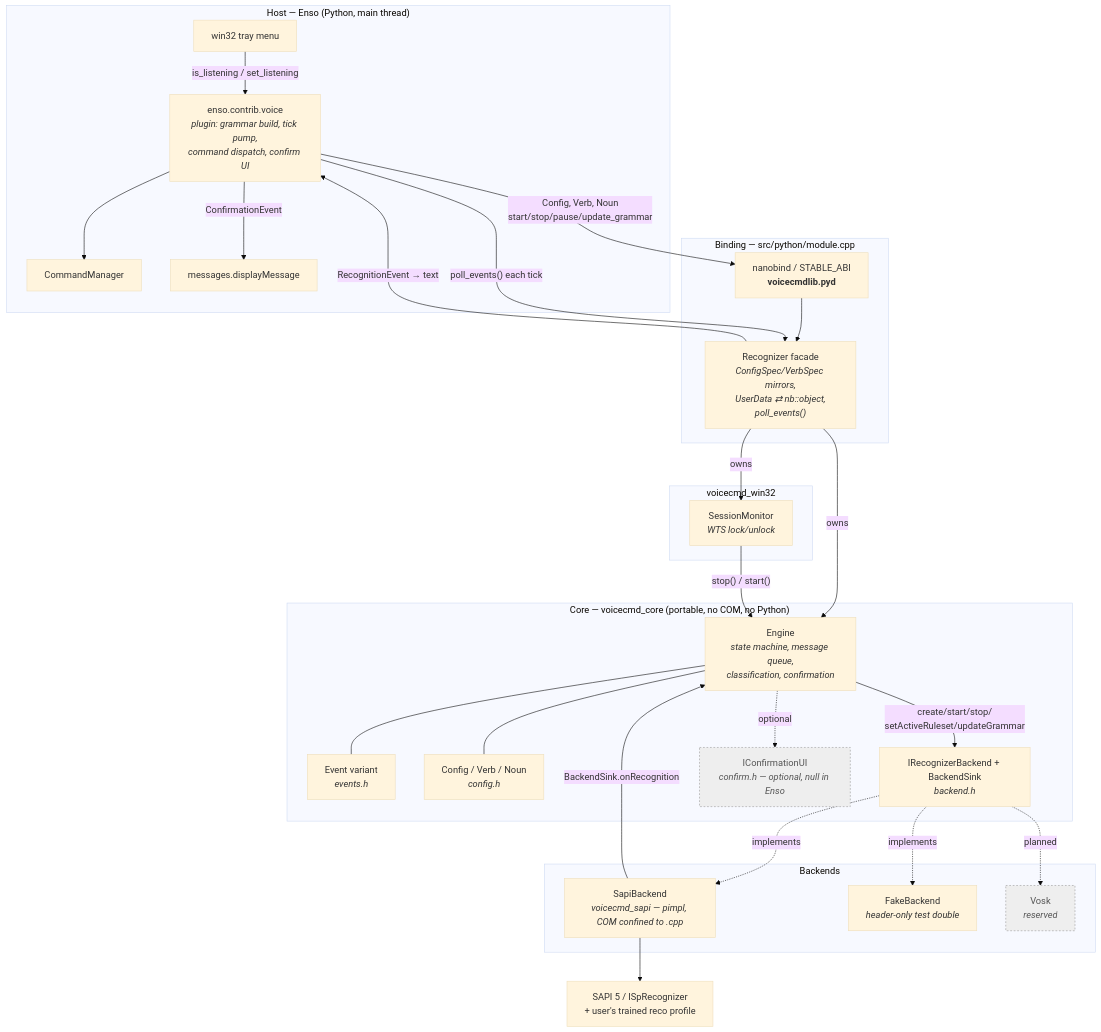
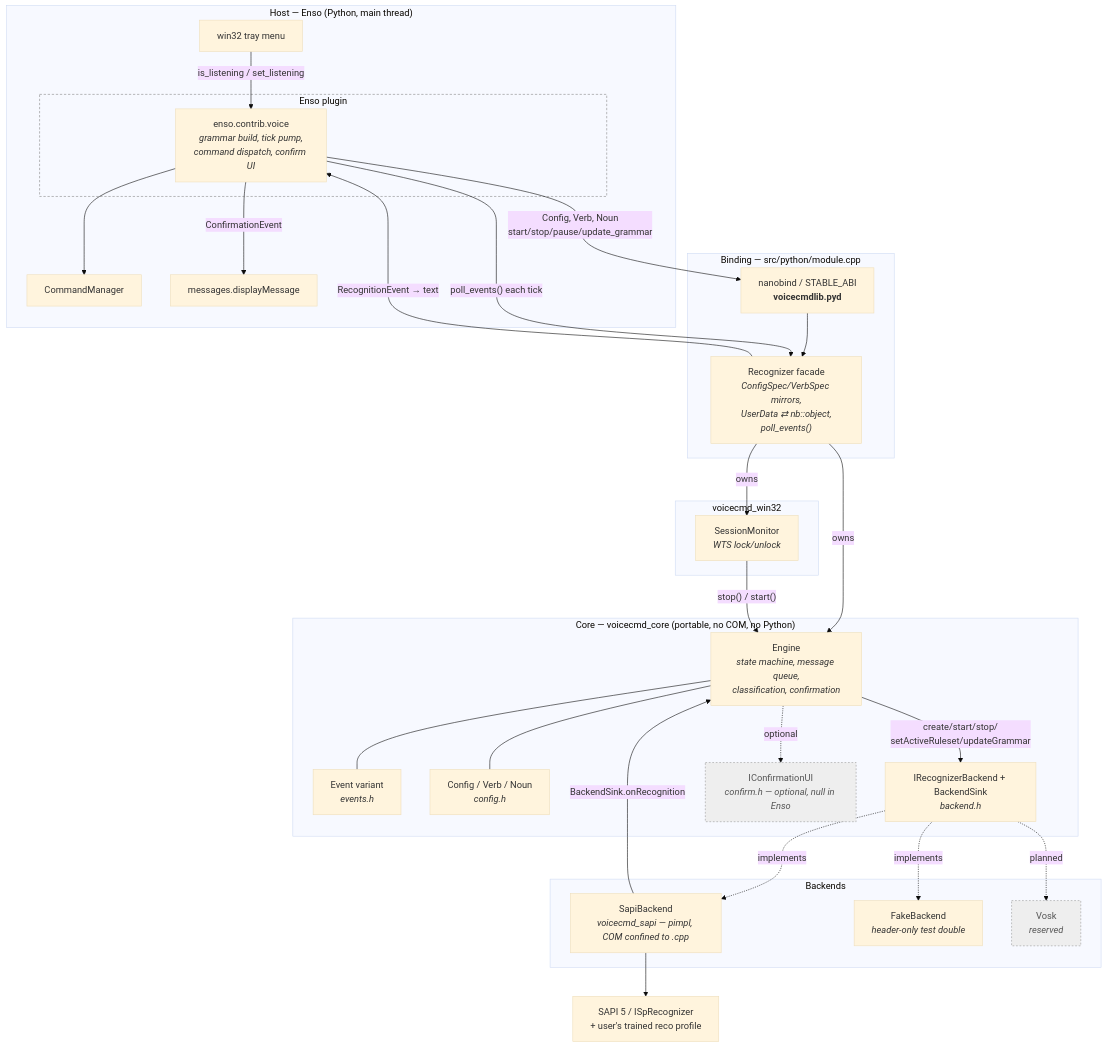
Before and after one commit to GChristensen/enso-portable: the first of 11 diagrams in platform/win32/VoiceCmd/readme.md, drawn with Mermaid (base theme). The commit also changed other lines of this file, not shown here.

````diff
--- a/platform/win32/VoiceCmd/readme.md
+++ b/platform/win32/VoiceCmd/readme.md
@@ -25,58 +62,61 @@
 ```mermaid
 graph TB
     subgraph host["Host — Enso (Python, main thread)"]
-        VOICE["enso.contrib.voice<br/><i>plugin: grammar build, tick pump,<br/>command dispatch, confirm UI</i>"]
+        subgraph plugin["Enso plugin"]
+            VOICE["enso.contrib.voice<br/><i>grammar build, tick pump,<br/>command dispatch, confirm UI</i>"]
+        end
         CMDMGR["CommandManager"]
         MSG["messages.displayMessage"]
         TRAY["win32 tray menu"]
     end
 
     subgraph binding["Binding — src/python/module.cpp"]
         NB["nanobind / STABLE_ABI<br/><b>voicecmdlib.pyd</b>"]
         RECOG["Recognizer facade<br/><i>ConfigSpec/VerbSpec mirrors,<br/>UserData ⇄ nb::object,<br/>poll_events()</i>"]
     end
 
     subgraph core["Core — voicecmd_core (portable, no COM, no Python)"]
         ENG["Engine<br/><i>state machine, message queue,<br/>classification, confirmation</i>"]
         EV["Event variant<br/><i>events.h</i>"]
         CFG["Config / Verb / Noun<br/><i>config.h</i>"]
         IFACE["IRecognizerBackend + BackendSink<br/><i>backend.h</i>"]
         UI["IConfirmationUI<br/><i>confirm.h — optional, null in Enso</i>"]
     end
 
     subgraph backends["Backends"]
         SAPI["SapiBackend<br/><i>voicecmd_sapi — pimpl, COM confined to .cpp</i>"]
         FAKE["FakeBackend<br/><i>header-only test double</i>"]
         VOSK["Vosk<br/><i>reserved</i>"]
     end
 
     subgraph win32["voicecmd_win32"]
         SM["SessionMonitor<br/><i>WTS lock/unlock</i>"]
     end
 
     OS["SAPI 5 / ISpRecognizer<br/>+ user's trained reco profile"]
 
     VOICE -->|"Config, Verb, Noun<br/>start/stop/pause/update_grammar"| NB
     NB --> RECOG
     RECOG -->|"owns"| ENG
     VOICE -->|"poll_events() each tick"| RECOG
     RECOG -->|"RecognitionEvent → text"| VOICE
     VOICE --> CMDMGR
     VOICE -->|"ConfirmationEvent"| MSG
     TRAY -->|"is_listening / set_listening"| VOICE
 
     ENG --- EV
     ENG --- CFG
     ENG -->|"create/start/stop/<br/>setActiveRuleset/updateGrammar"| IFACE
     ENG -.->|"optional"| UI
     IFACE -.->|implements| SAPI
     IFACE -.->|implements| FAKE
     IFACE -.->|planned| VOSK
     SAPI --> OS
     SAPI -->|"BackendSink.onRecognition"| ENG
     SM -->|"stop() / start()"| ENG
     RECOG -->|"owns"| SM
 
     classDef dim fill:#eee,stroke:#999,stroke-dasharray:3 3,color:#555
     class VOSK,UI dim
+    style plugin fill:none,stroke:#888,stroke-dasharray:4 3
 ```
````
